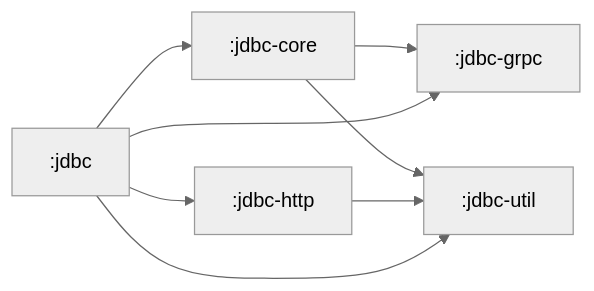
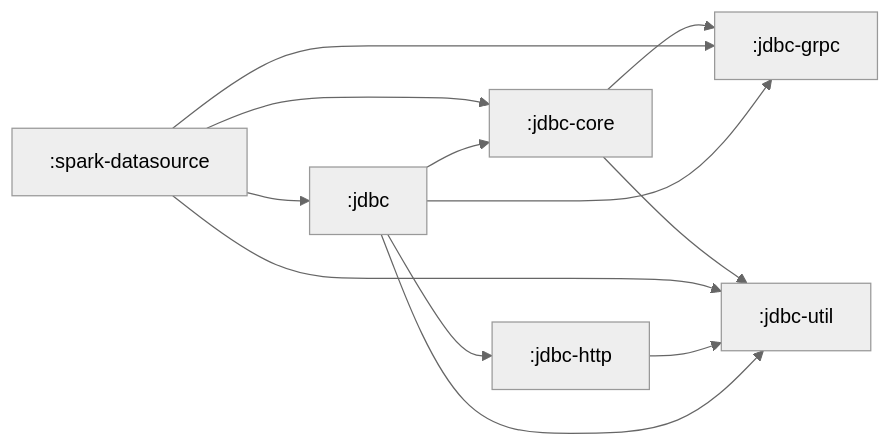
Before and after one commit to vogelsgesang/datacloud-jdbc: the diagram in DEVELOPMENT.md, drawn with Mermaid. The commit also changed other lines of this file and 17 other files, not shown here.

````diff
--- a/DEVELOPMENT.md
+++ b/DEVELOPMENT.md
@@ -3,16 +3,20 @@
 ```mermaid
 %%{
   init: {
     'theme': 'neutral'
   }
 }%%
 
 graph LR
   :jdbc-core --> :jdbc-grpc
   :jdbc-core --> :jdbc-util
+  :spark-datasource --> :jdbc
+  :spark-datasource --> :jdbc-grpc
+  :spark-datasource --> :jdbc-core
+  :spark-datasource --> :jdbc-util
   :jdbc-http --> :jdbc-util
   :jdbc --> :jdbc-core
   :jdbc --> :jdbc-util
   :jdbc --> :jdbc-http
   :jdbc --> :jdbc-grpc
 ```
````
